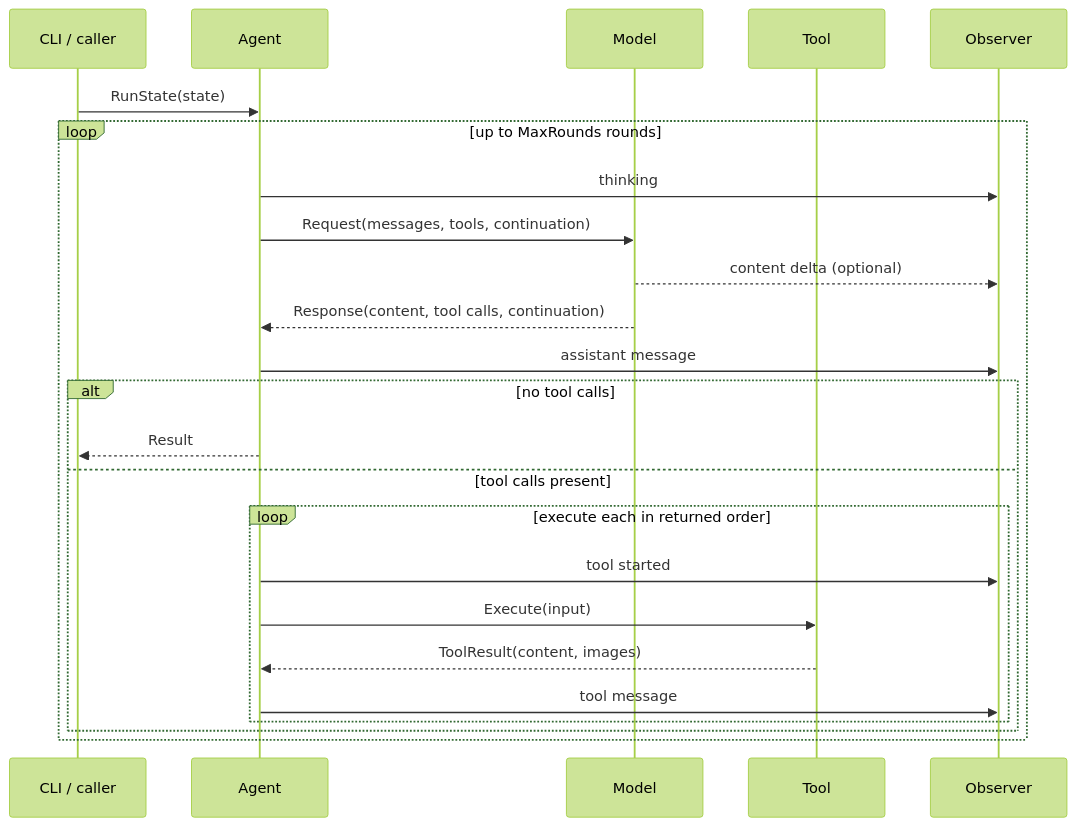
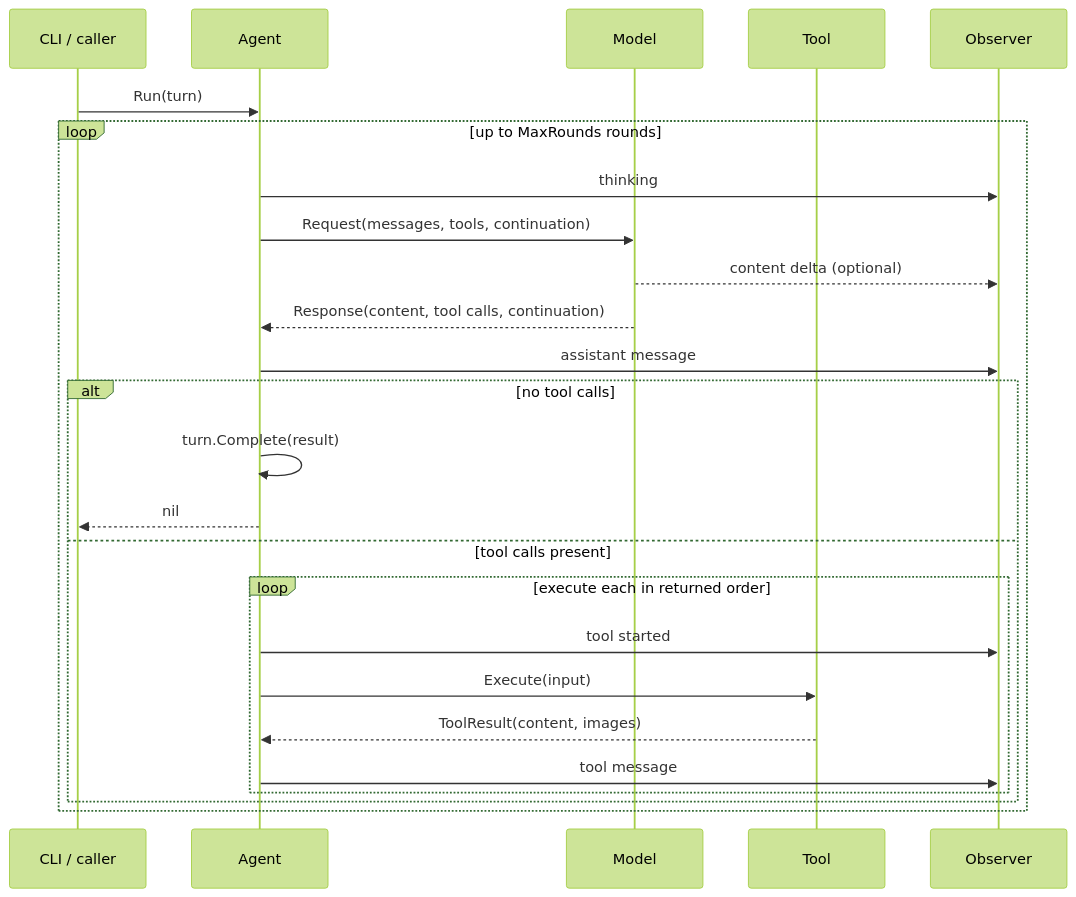
The second of 2 diagrams in docs/architecture.md (lgxz/dora), drawn with Mermaid (forest theme) before and after one commit. The commit also changed other lines of this file and 35 other files, not shown here.

````diff
--- a/docs/architecture.md
+++ b/docs/architecture.md
@@ -147,27 +154,28 @@
 ```mermaid
 sequenceDiagram
     participant C as CLI / caller
     participant A as Agent
     participant M as Model
     participant T as Tool
     participant O as Observer
 
-    C->>A: RunState(state)
+    C->>A: Run(turn)
     loop up to MaxRounds rounds
         A->>O: thinking
         A->>M: Request(messages, tools, continuation)
         M-->>O: content delta (optional)
         M-->>A: Response(content, tool calls, continuation)
         A->>O: assistant message
         alt no tool calls
-            A-->>C: Result
+            A->>A: turn.Complete(result)
+            A-->>C: nil
         else tool calls present
             loop execute each in returned order
                 A->>O: tool started
                 A->>T: Execute(input)
                 T-->>A: ToolResult(content, images)
                 A->>O: tool message
             end
         end
     end
 ```
````
